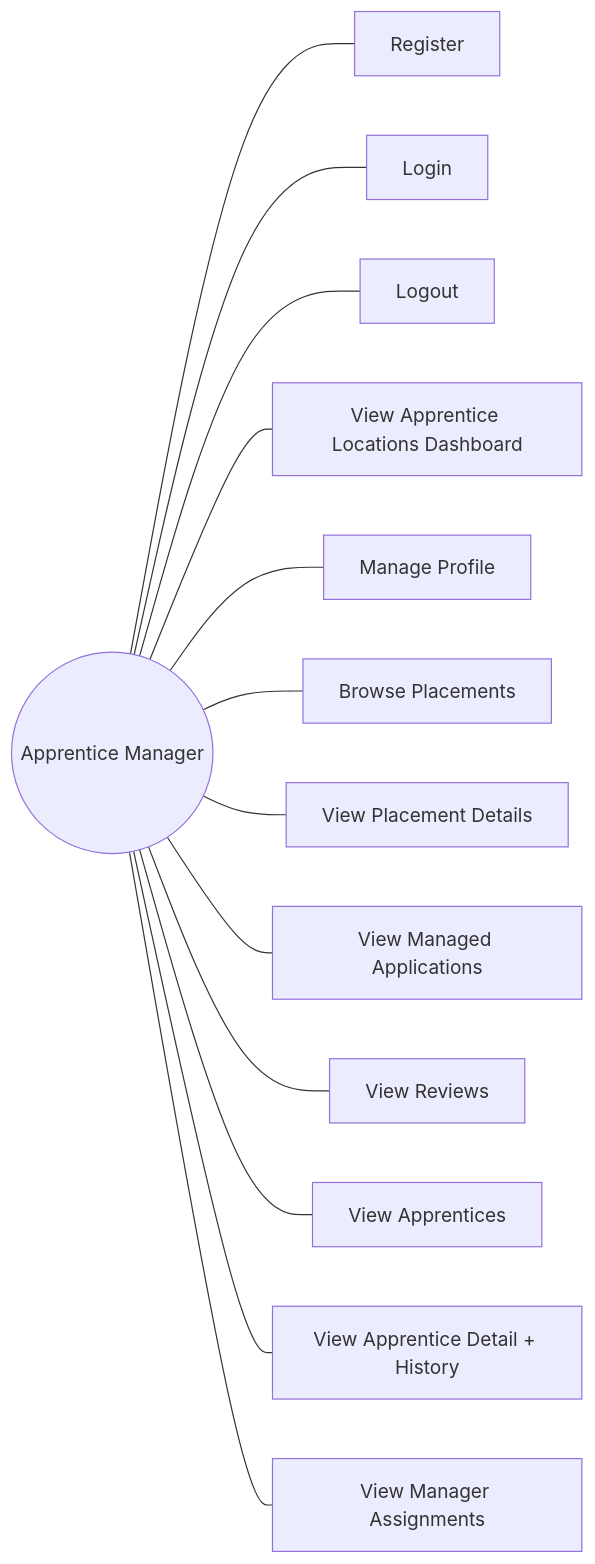
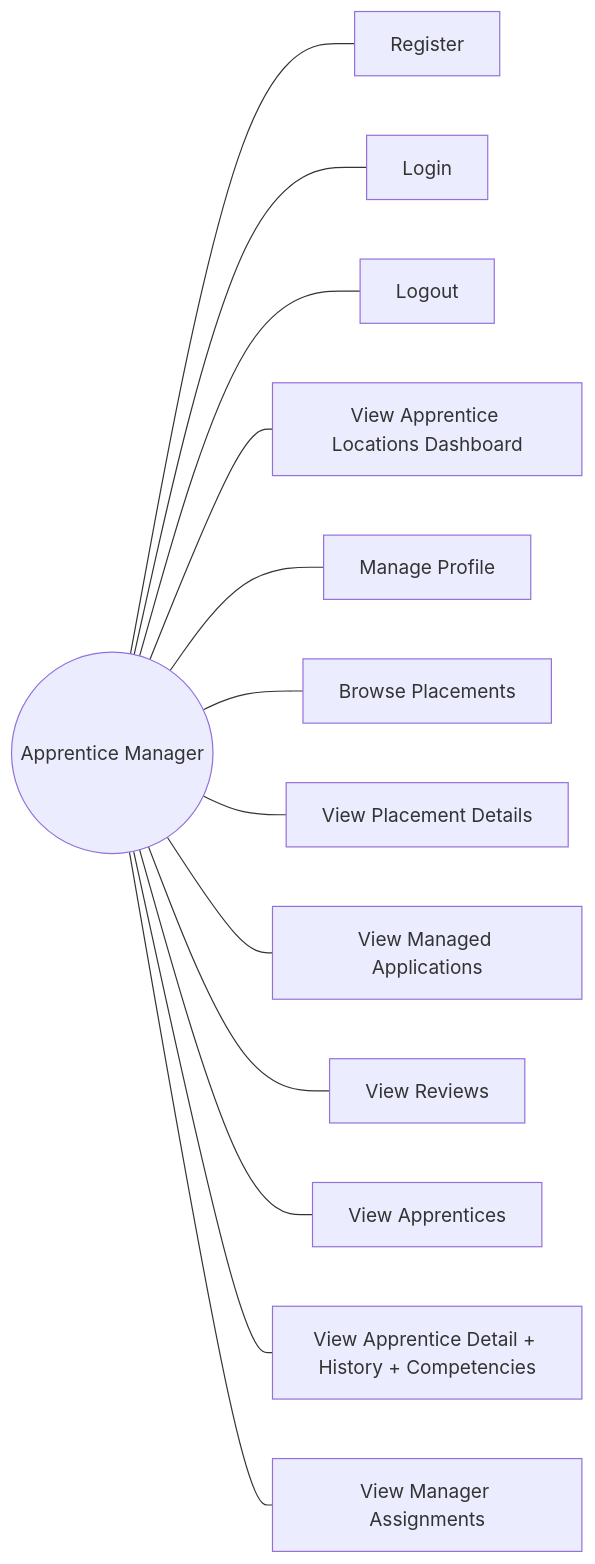
The second of 3 diagrams in docs/uml/use-case-diagram.md (JayCenaUni/Placements), drawn with Mermaid before and after one commit. The commit also changed other lines of this file and 6 other files, not shown here.

````diff
--- a/docs/uml/use-case-diagram.md
+++ b/docs/uml/use-case-diagram.md
@@ -26,17 +28,17 @@
 ```mermaid
 graph LR
     AM((Apprentice Manager))
 
     AM --- Register
     AM --- Login
     AM --- Logout
     AM --- Dashboard[View Apprentice Locations Dashboard]
     AM --- Profile[Manage Profile]
     AM --- Browse[Browse Placements]
     AM --- ViewP[View Placement Details]
     AM --- ViewApps[View Managed Applications]
     AM --- ViewRevs[View Reviews]
     AM --- ViewList[View Apprentices]
-    AM --- ViewDetail[View Apprentice Detail + History]
+    AM --- ViewDetail[View Apprentice Detail + History + Competencies]
     AM --- Managers[View Manager Assignments]
 ```
````
